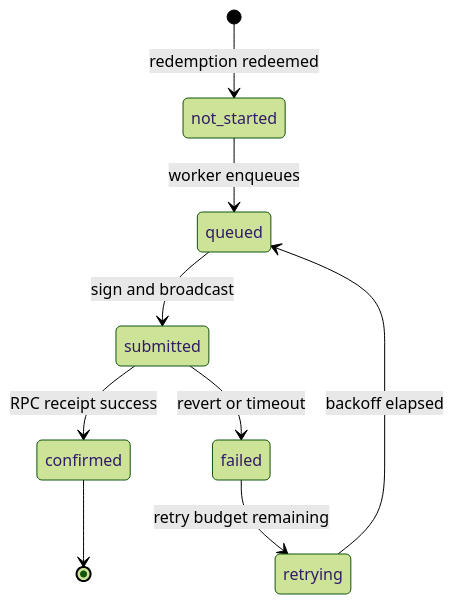
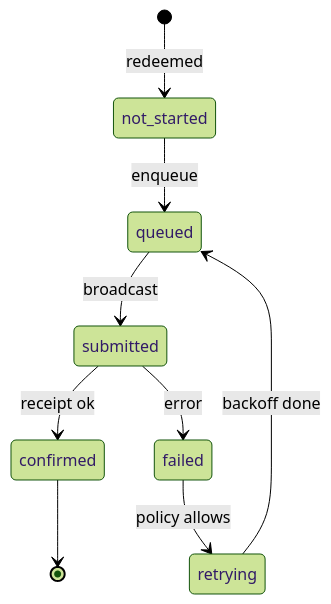
One commit to hurley87/refraction changed the second of 2 diagrams in docs/plans/public-records-sponsored-usdc-activation-prd.md. Above: the diagram before and after it, drawn with Mermaid (forest theme). The commit also changed other lines of this file, not shown here.

````diff
--- a/docs/plans/public-records-sponsored-usdc-activation-prd.md
+++ b/docs/plans/public-records-sponsored-usdc-activation-prd.md
@@ -370,11 +383,11 @@
 ```mermaid
 stateDiagram-v2
-  [*] --> not_started: redemption redeemed
-  not_started --> queued: worker enqueues
-  queued --> submitted: sign and broadcast
-  submitted --> confirmed: RPC receipt success
-  submitted --> failed: revert or timeout
-  failed --> retrying: retry budget remaining
-  retrying --> queued: backoff elapsed
+  [*] --> not_started: redeemed
+  not_started --> queued: enqueue
+  queued --> submitted: broadcast
+  submitted --> confirmed: receipt ok
+  submitted --> failed: error
+  failed --> retrying: policy allows
+  retrying --> queued: backoff done
   confirmed --> [*]
 ```
````
